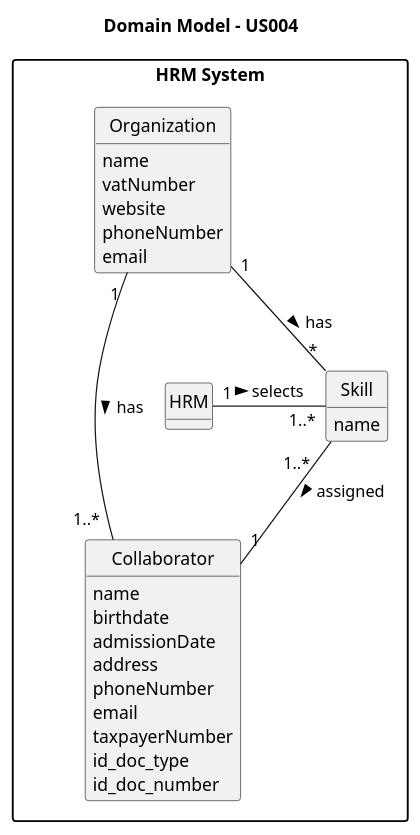
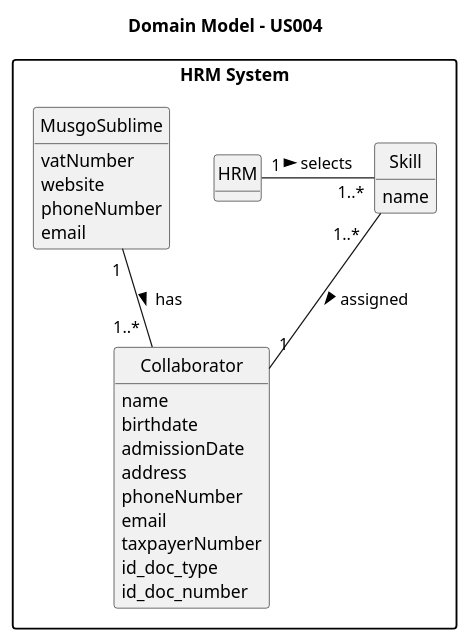
Before and after one commit to SAEmanuel/Green_Spaces_Management_ISEP: the diagram in docs/sprintA/us004/02.analysis/puml/us004-domain-model.puml, drawn with PlantUML. The commit also changed 7 other files, not shown here.

```diff
--- a/docs/sprintA/us004/02.analysis/puml/us004-domain-model.puml
+++ b/docs/sprintA/us004/02.analysis/puml/us004-domain-model.puml
@@ -1,53 +1,51 @@
 @startuml
 
 skinparam monochrome true
 skinparam packageStyle rectangle
 skinparam shadowing false
 
 'left to right direction
 
 title Domain Model - US004
 
 hide circles
 hide methods
 
 package "HRM System" {
 
 
 
     class Skill {
         name
     }
 
     class Collaborator {
         name
         birthdate
         admissionDate
         address
         phoneNumber
         email
         taxpayerNumber
         id_doc_type
         id_doc_number
     }
 
-    class Organization {
-        name
+    class MusgoSublime {
         vatNumber
         website
         phoneNumber
         email
     }
 
     class HRM {
        }
 
-    Organization "1" -- "*" Skill : has >
-    Organization "1 " - "1..*  " Collaborator : has >
+    MusgoSublime "1 " -- "1..*  " Collaborator : has >
     HRM "1" - "1..*" Skill : selects >
     Skill "1..*   " -- "1" Collaborator : assigned >
 }
 
 
 
 @enduml
```
